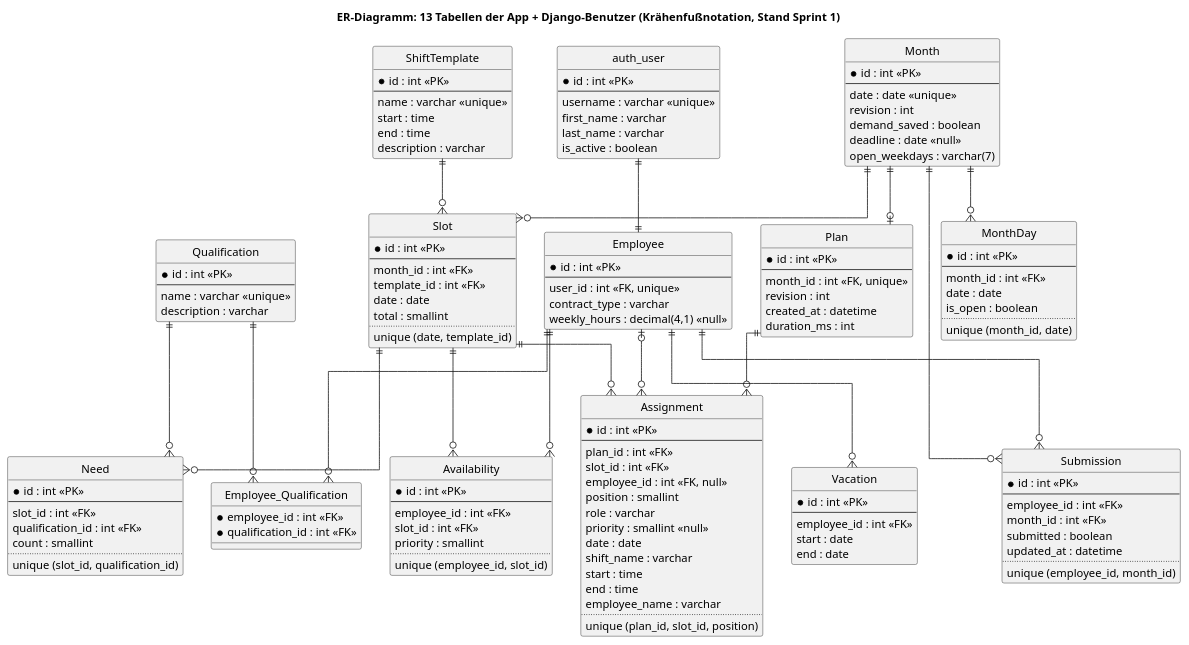
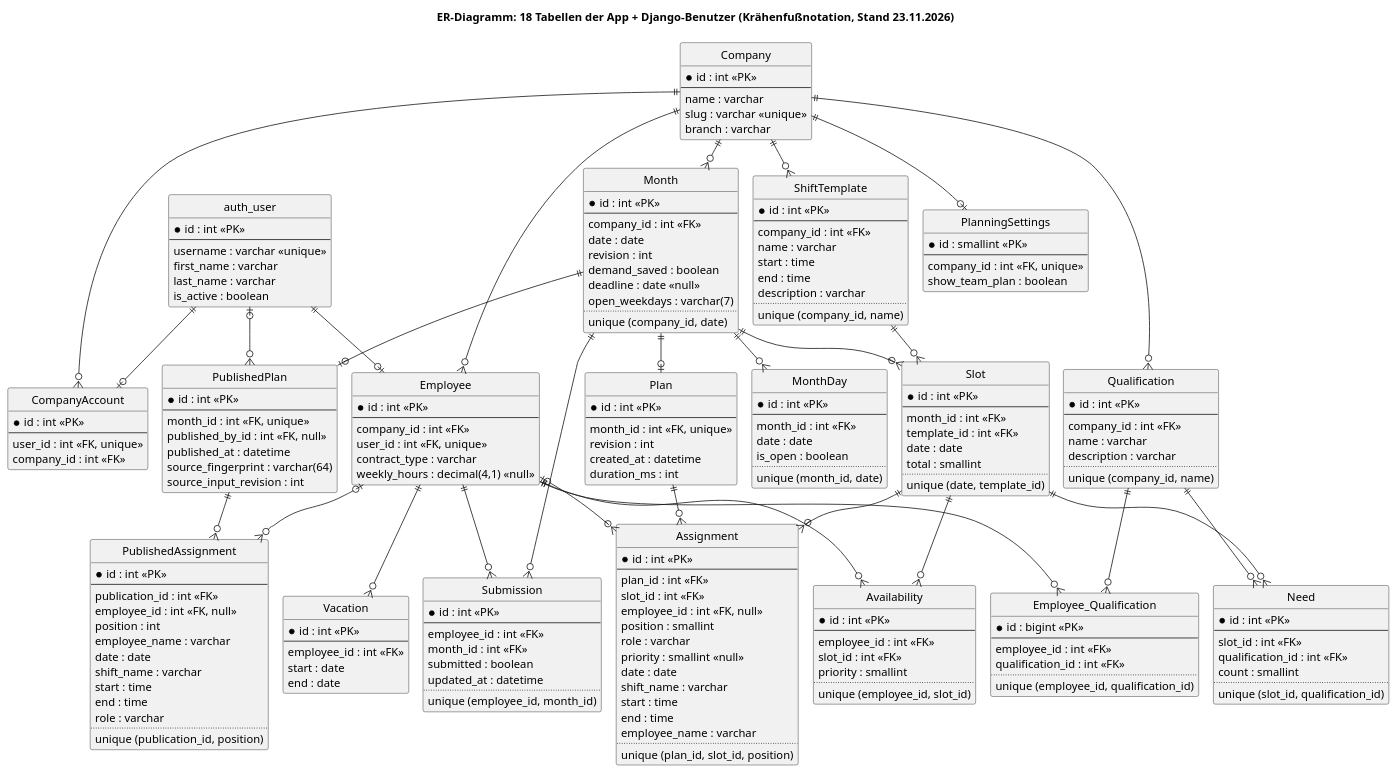
Before and after one commit to shiftplanner-hsfl-team/shiftplanner: the diagram in docs/design/er_diagramm.puml, drawn with PlantUML. The commit also changed 3 other files, not shown here.

Commit message:
DESIGN #59: Klassen- und ER-Diagramm nach Inspektion aktualisieren

```diff
--- a/docs/design/er_diagramm.puml
+++ b/docs/design/er_diagramm.puml
@@ -1,5 +1,6 @@
 @startuml
-title ER-Diagramm: 13 Tabellen der App + Django-Benutzer (Krähenfußnotation, Stand Sprint 1)
+!pragma layout smetana
+title ER-Diagramm: 18 Tabellen der App + Django-Benutzer (Krähenfußnotation, Stand 23.11.2026)
 
 hide circle
 skinparam linetype ortho
@@ -13,9 +14,32 @@
   is_active : boolean
 }
 
+entity Company {
+  * id : int <<PK>>
+  --
+  name : varchar
+  slug : varchar <<unique>>
+  branch : varchar
+}
+
+entity CompanyAccount {
+  * id : int <<PK>>
+  --
+  user_id : int <<FK, unique>>
+  company_id : int <<FK>>
+}
+
+entity PlanningSettings {
+  * id : smallint <<PK>>
+  --
+  company_id : int <<FK, unique>>
+  show_team_plan : boolean
+}
+
 entity Employee {
   * id : int <<PK>>
   --
+  company_id : int <<FK>>
   user_id : int <<FK, unique>>
   contract_type : varchar
   weekly_hours : decimal(4,1) <<null>>
@@ -24,32 +48,45 @@
 entity Qualification {
   * id : int <<PK>>
   --
-  name : varchar <<unique>>
+  company_id : int <<FK>>
+  name : varchar
   description : varchar
+  ..
+  unique (company_id, name)
 }
 
 entity Employee_Qualification {
-  * employee_id : int <<FK>>
-  * qualification_id : int <<FK>>
+  * id : bigint <<PK>>
+  --
+  employee_id : int <<FK>>
+  qualification_id : int <<FK>>
+  ..
+  unique (employee_id, qualification_id)
 }
 
 entity ShiftTemplate {
   * id : int <<PK>>
   --
-  name : varchar <<unique>>
+  company_id : int <<FK>>
+  name : varchar
   start : time
   end : time
   description : varchar
+  ..
+  unique (company_id, name)
 }
 
 entity Month {
   * id : int <<PK>>
   --
-  date : date <<unique>>
+  company_id : int <<FK>>
+  date : date
   revision : int
   demand_saved : boolean
   deadline : date <<null>>
   open_weekdays : varchar(7)
+  ..
+  unique (company_id, date)
 }
 
 entity MonthDay {
@@ -139,7 +176,44 @@
   unique (plan_id, slot_id, position)
 }
 
-auth_user ||--|| Employee
+entity PublishedPlan {
+  * id : int <<PK>>
+  --
+  month_id : int <<FK, unique>>
+  published_by_id : int <<FK, null>>
+  published_at : datetime
+  source_fingerprint : varchar(64)
+  source_input_revision : int
+}
+
+entity PublishedAssignment {
+  * id : int <<PK>>
+  --
+  publication_id : int <<FK>>
+  employee_id : int <<FK, null>>
+  position : int
+  employee_name : varchar
+  date : date
+  shift_name : varchar
+  start : time
+  end : time
+  role : varchar
+  ..
+  unique (publication_id, position)
+}
+
+auth_user ||--o| CompanyAccount
+Company ||--o{ CompanyAccount
+Company ||--o| PlanningSettings
+Company ||--o{ Employee
+Company ||--o{ Qualification
+Company ||--o{ ShiftTemplate
+Company ||--o{ Month
+Month ||--o| PublishedPlan
+auth_user |o--o{ PublishedPlan
+PublishedPlan ||--o{ PublishedAssignment
+Employee |o--o{ PublishedAssignment
+auth_user ||--o| Employee
 Employee ||--o{ Employee_Qualification
 Qualification ||--o{ Employee_Qualification
 Employee ||--o{ Availability
```
